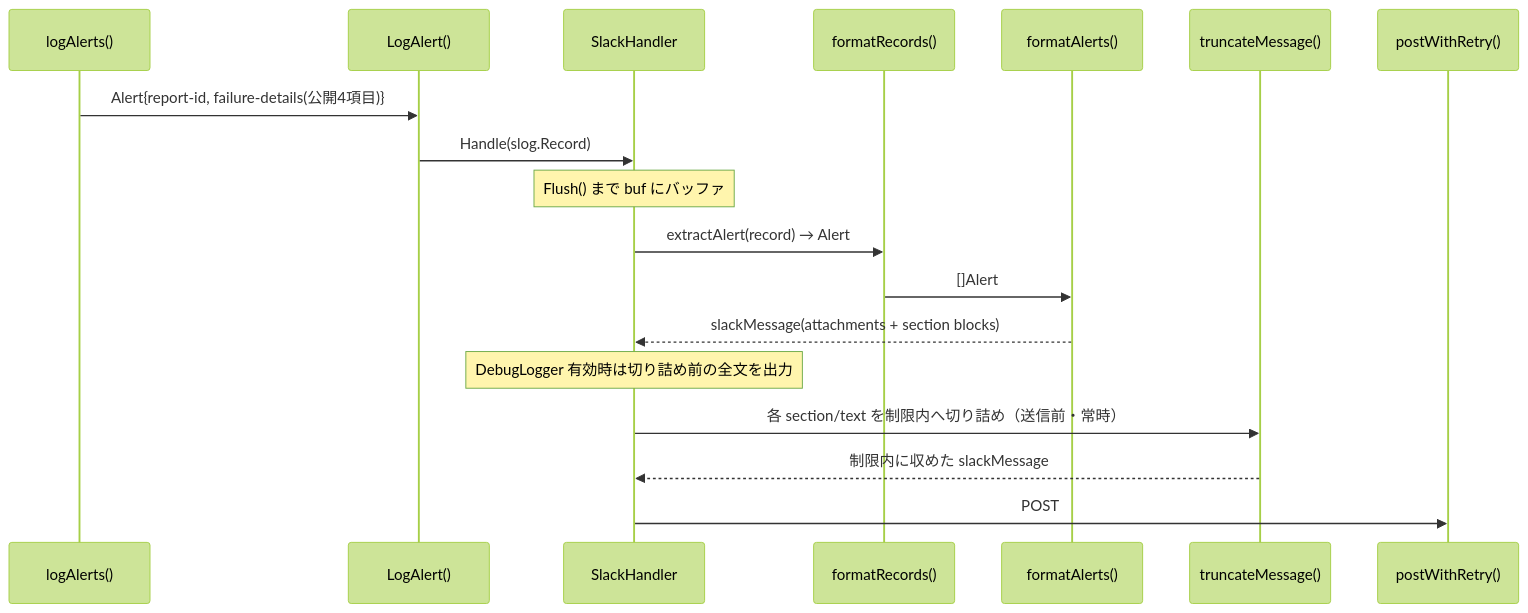
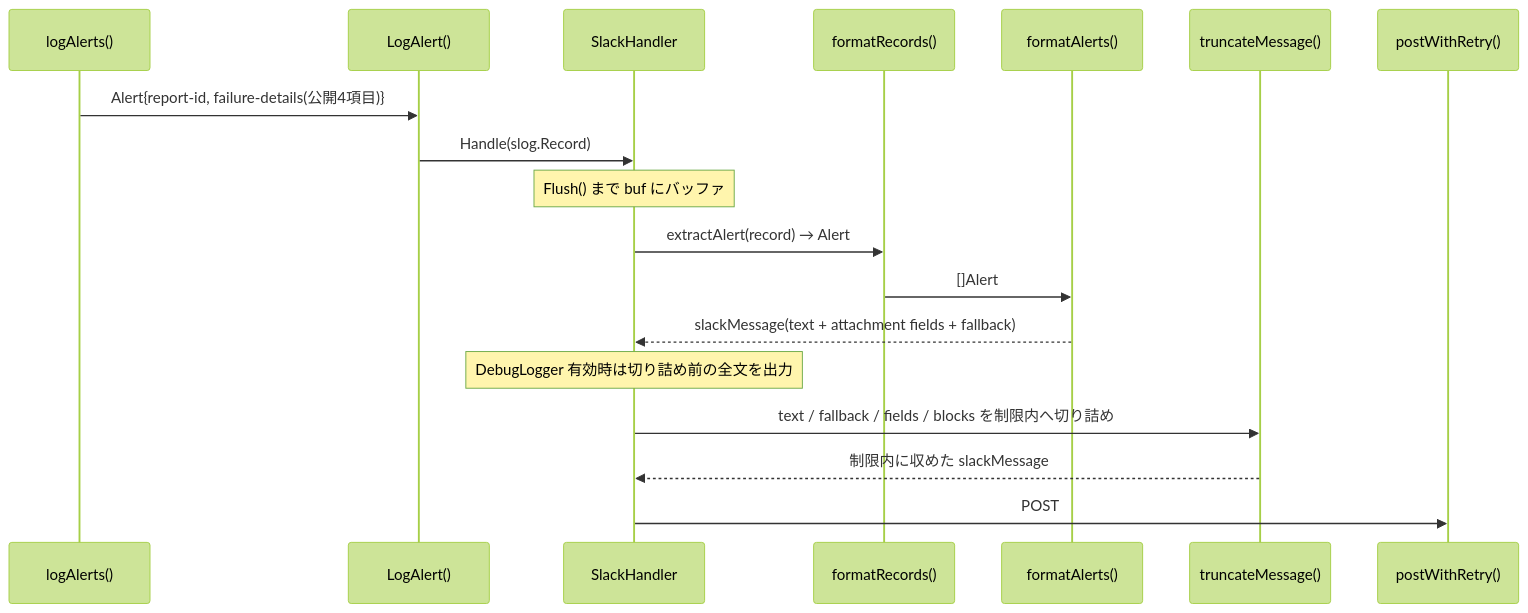
One commit to isseis/tlsrpt-digest changed the third of 3 diagrams in docs/tasks/0101_slack_alert_format/02_architecture.md. Above: the diagram before and after it, drawn with Mermaid (forest theme). The commit also changed other lines of this file and 2 other files, not shown here.

First line of the commit message:
refactor(0101): remove unused maxAlertBlocksPerMessage constant

````diff
--- a/docs/tasks/0101_slack_alert_format/02_architecture.md
+++ b/docs/tasks/0101_slack_alert_format/02_architecture.md
@@ -124,21 +103,21 @@
 ```mermaid
 sequenceDiagram
     participant CMD as logAlerts()
     participant H as LogAlert()
     participant SH as SlackHandler
     participant F as formatRecords()
     participant FA as formatAlerts()
     participant TR as truncateMessage()
     participant W as postWithRetry()
 
     CMD->>H: Alert{report-id, failure-details(公開4項目)}
     H->>SH: Handle(slog.Record)
     Note over SH: Flush() まで buf にバッファ
     SH->>F: extractAlert(record) → Alert
     F->>FA: []Alert
-    FA-->>SH: slackMessage(attachments + section blocks)
+    FA-->>SH: slackMessage(text + attachment fields + fallback)
     Note over SH: DebugLogger 有効時は切り詰め前の全文を出力
-    SH->>TR: 各 section/text を制限内へ切り詰め（送信前・常時）
+    SH->>TR: text / fallback / fields / blocks を制限内へ切り詰め
     TR-->>SH: 制限内に収めた slackMessage
     SH->>W: POST
 ```
````
